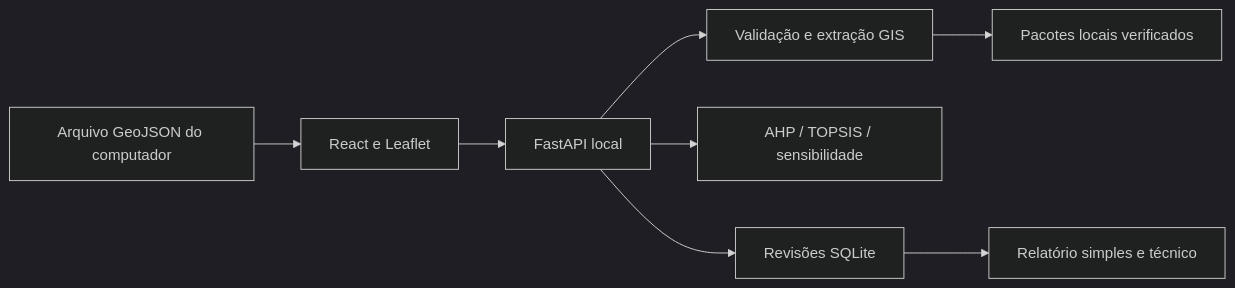
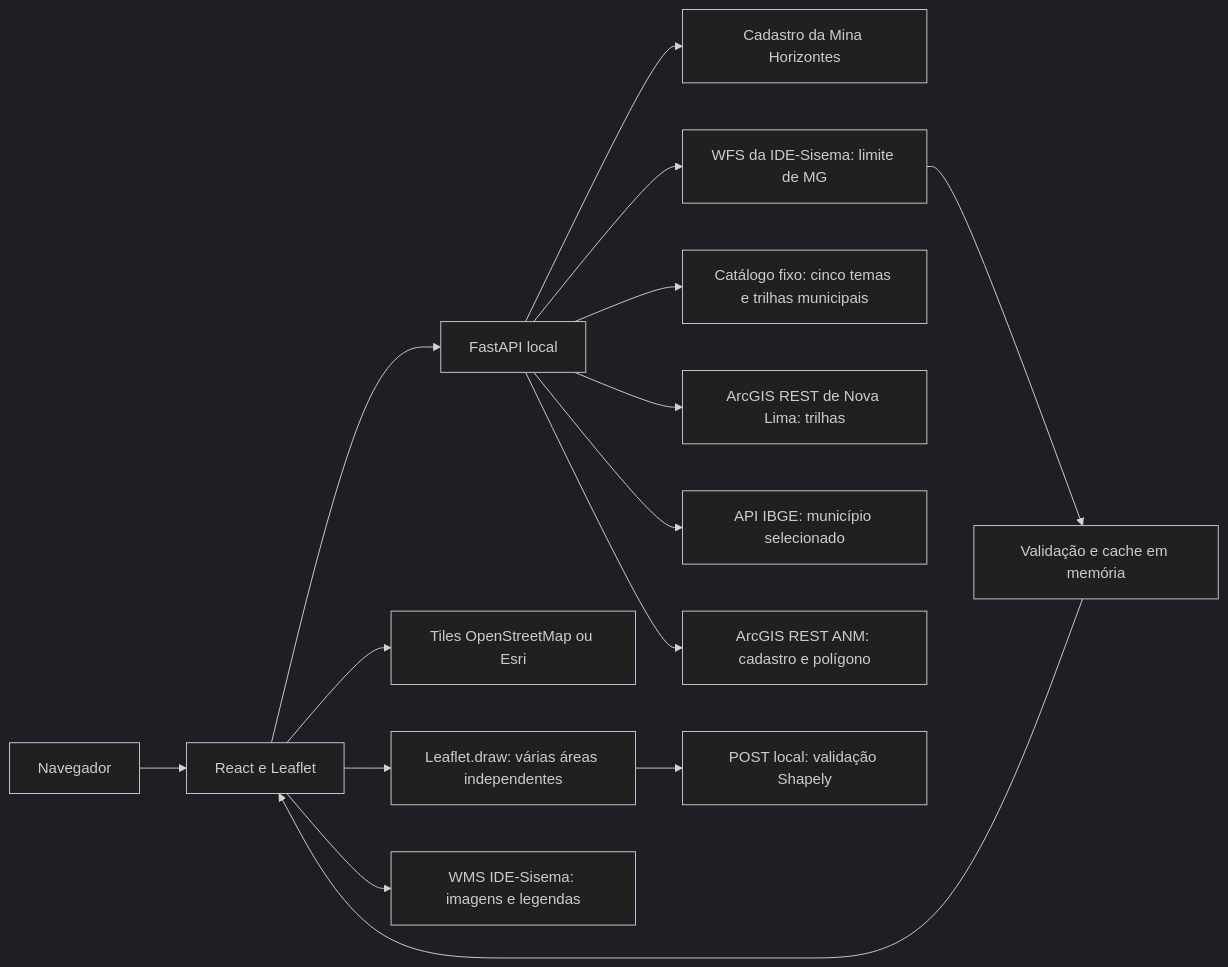
Before and after one commit to Rafael-Inacio-Silva/Geo_Vale: the diagram in docs/ARQUITETURA.md, drawn with Mermaid (dark theme). The commit also changed other lines of this file and 104 other files, not shown here.

First line of the commit message:
feat: integra ANM, município e múltiplas áreas no mapa

````diff
--- a/docs/ARQUITETURA.md
+++ b/docs/ARQUITETURA.md
@@ -5,10 +3,17 @@
 ```mermaid
 flowchart LR
- U[Arquivo GeoJSON do computador] --> UI[React e Leaflet]
- UI --> API[FastAPI local]
- API --> G[Validação e extração GIS]
- G --> F[Pacotes locais verificados]
- API --> M[AHP / TOPSIS / sensibilidade]
- API --> DB[Revisões SQLite]
- DB --> R[Relatório simples e técnico]
+    U[Navegador] --> F[React e Leaflet]
+    F --> A[FastAPI local]
+    A --> C[Cadastro da Mina Horizontes]
+    A --> W[WFS da IDE-Sisema: limite de MG]
+    W --> M[Validação e cache em memória]
+    M --> F
+    F --> T[Tiles OpenStreetMap ou Esri]
+    A --> G[Catálogo fixo: cinco temas e trilhas municipais]
+    A --> P[ArcGIS REST de Nova Lima: trilhas]
+    A --> I[API IBGE: município selecionado]
+    A --> N[ArcGIS REST ANM: cadastro e polígono]
+    F --> D[Leaflet.draw: várias áreas independentes]
+    D --> V[POST local: validação Shapely]
+    F --> S[WMS IDE-Sisema: imagens e legendas]
 ```
````
